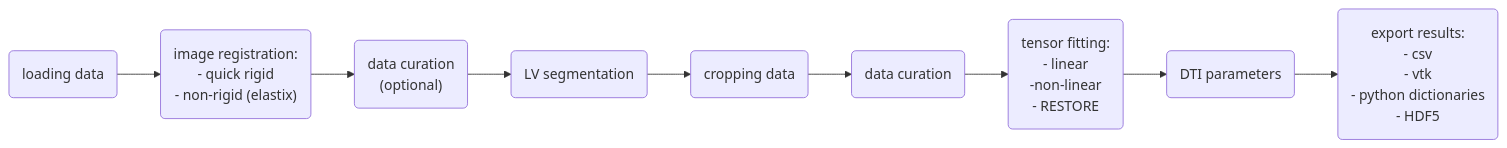
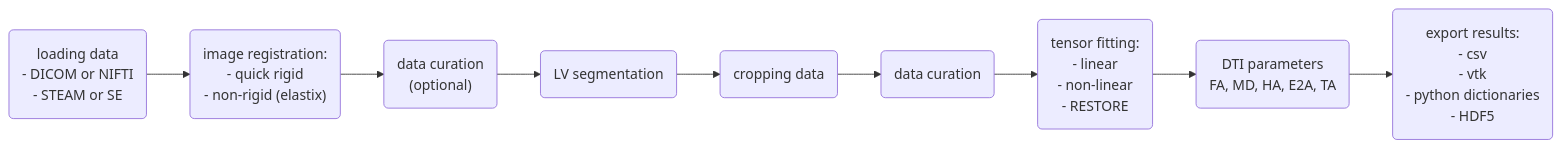
The diagram in docs/documentation.md (ImperialCollegeLondon/INDI), drawn with Mermaid before and after one commit. The commit also changed other lines of this file, not shown here.

````diff
--- a/docs/documentation.md
+++ b/docs/documentation.md
@@ -3,31 +3,34 @@
 ```mermaid
 flowchart LR
-    A(loading data)
+    A("`loading data
+    - DICOM or NIFTI
+    - STEAM or SE`")
     B("`image registration:
     - quick rigid
     - non-rigid (elastix)`")
     C("`data curation
     (optional)`")
     D(LV segmentation)
     E(cropping data)
     F(data curation)
     G("`tensor fitting:
     - linear
-    -non-linear
+    - non-linear
     - RESTORE`")
-    H(DTI parameters)
+    H("`DTI parameters
+    FA, MD, HA, E2A, TA`")
     I("`export results:
     - csv
     - vtk
     - python dictionaries
     - HDF5`")
 
     A --> B
     B --> C
     C --> D
     D --> E
     E --> F
     F --> G
     G --> H
     H --> I
 ```
````
